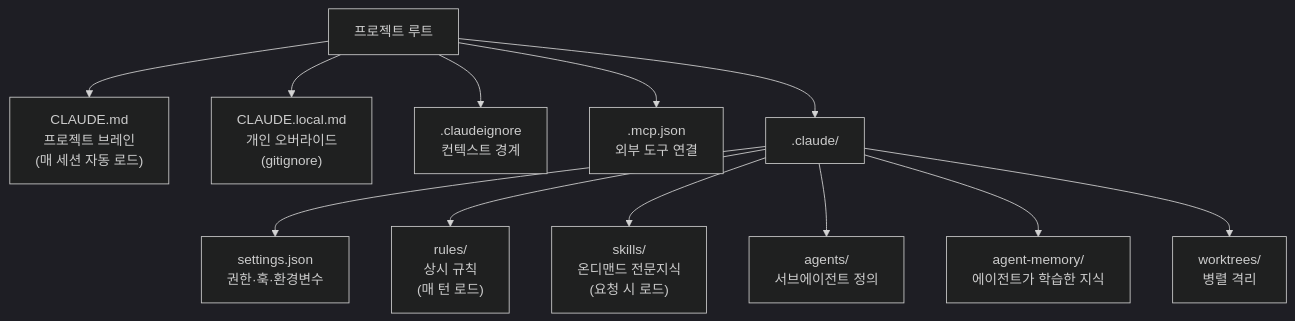
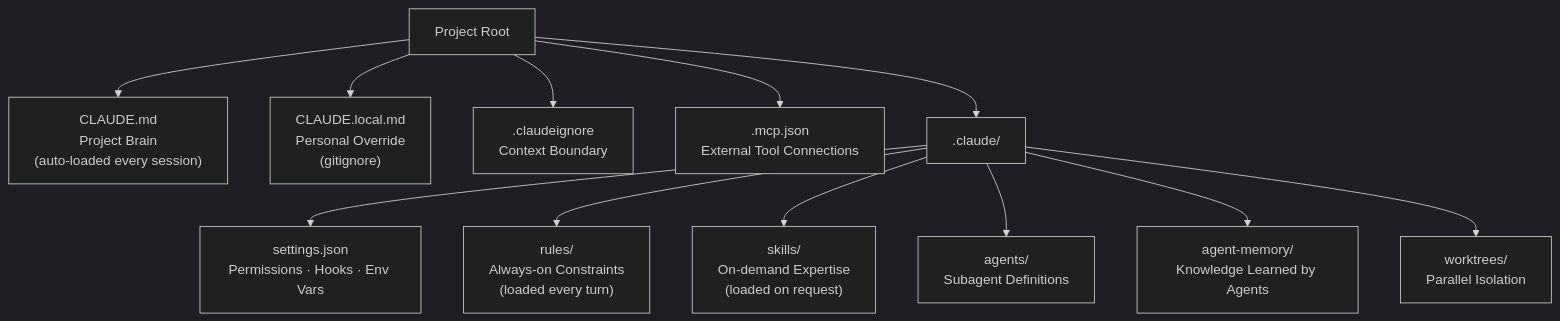
Before and after one commit to ThakiCloud/thakicloud.github.io: the first of 2 diagrams in _posts/en/technique/2026-06-27-claude-code-project-anatomy-complete-map.md, drawn with Mermaid (dark theme). The commit also changed other lines of this file and 21 other files, not shown here.

First line of the commit message:
fix(blog): translate mermaid labels to post language (en/ar)

````diff
--- a/_posts/en/technique/2026-06-27-claude-code-project-anatomy-complete-map.md
+++ b/_posts/en/technique/2026-06-27-claude-code-project-anatomy-complete-map.md
@@ -42,15 +42,15 @@
 ```mermaid
 flowchart TB
-    ROOT["프로젝트 루트"]
-    ROOT --> BRAIN["CLAUDE.md<br/>프로젝트 브레인<br/>(매 세션 자동 로드)"]
-    ROOT --> LOCAL["CLAUDE.local.md<br/>개인 오버라이드<br/>(gitignore)"]
-    ROOT --> IGNORE[".claudeignore<br/>컨텍스트 경계"]
-    ROOT --> MCP[".mcp.json<br/>외부 도구 연결"]
+    ROOT["Project Root"]
+    ROOT --> BRAIN["CLAUDE.md<br/>Project Brain<br/>(auto-loaded every session)"]
+    ROOT --> LOCAL["CLAUDE.local.md<br/>Personal Override<br/>(gitignore)"]
+    ROOT --> IGNORE[".claudeignore<br/>Context Boundary"]
+    ROOT --> MCP[".mcp.json<br/>External Tool Connections"]
     ROOT --> DOTC[".claude/"]
-    DOTC --> SET["settings.json<br/>권한·훅·환경변수"]
-    DOTC --> RULES["rules/<br/>상시 규칙<br/>(매 턴 로드)"]
-    DOTC --> SKILLS["skills/<br/>온디맨드 전문지식<br/>(요청 시 로드)"]
-    DOTC --> AGENTS["agents/<br/>서브에이전트 정의"]
-    DOTC --> MEM["agent-memory/<br/>에이전트가 학습한 지식"]
-    DOTC --> WT["worktrees/<br/>병렬 격리"]
+    DOTC --> SET["settings.json<br/>Permissions · Hooks · Env Vars"]
+    DOTC --> RULES["rules/<br/>Always-on Constraints<br/>(loaded every turn)"]
+    DOTC --> SKILLS["skills/<br/>On-demand Expertise<br/>(loaded on request)"]
+    DOTC --> AGENTS["agents/<br/>Subagent Definitions"]
+    DOTC --> MEM["agent-memory/<br/>Knowledge Learned by Agents"]
+    DOTC --> WT["worktrees/<br/>Parallel Isolation"]
 ```
````
